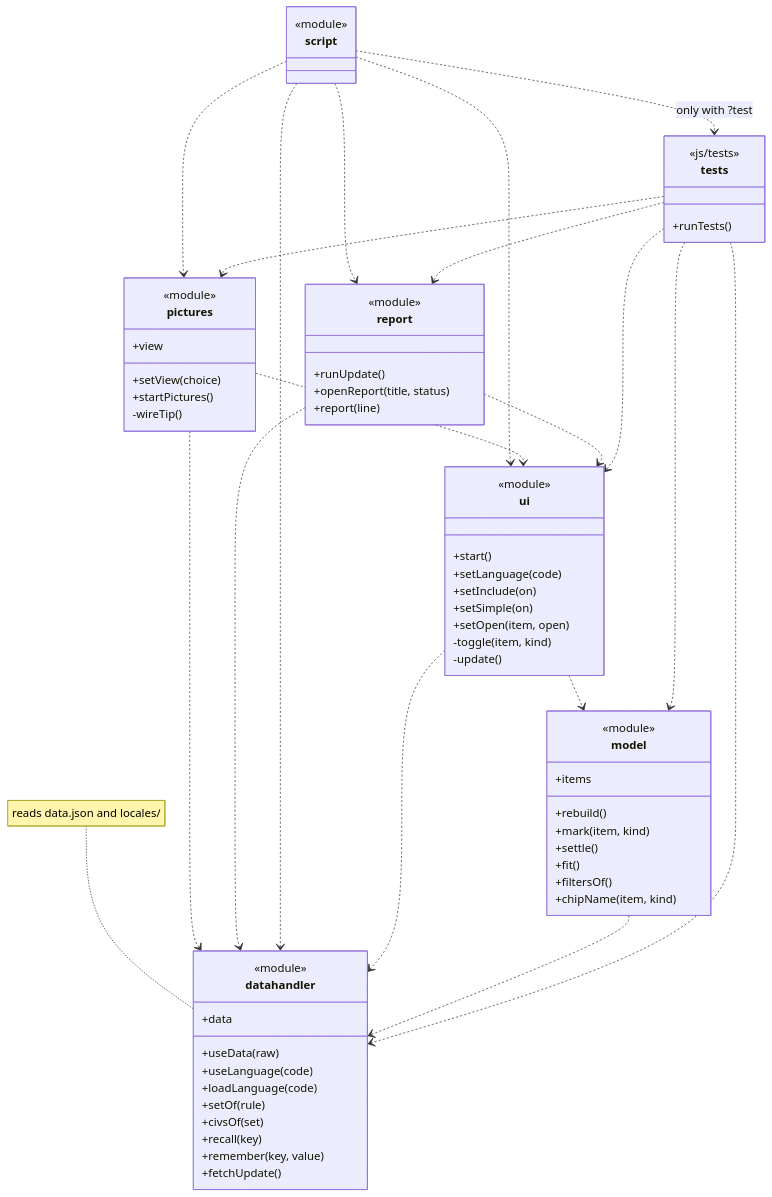
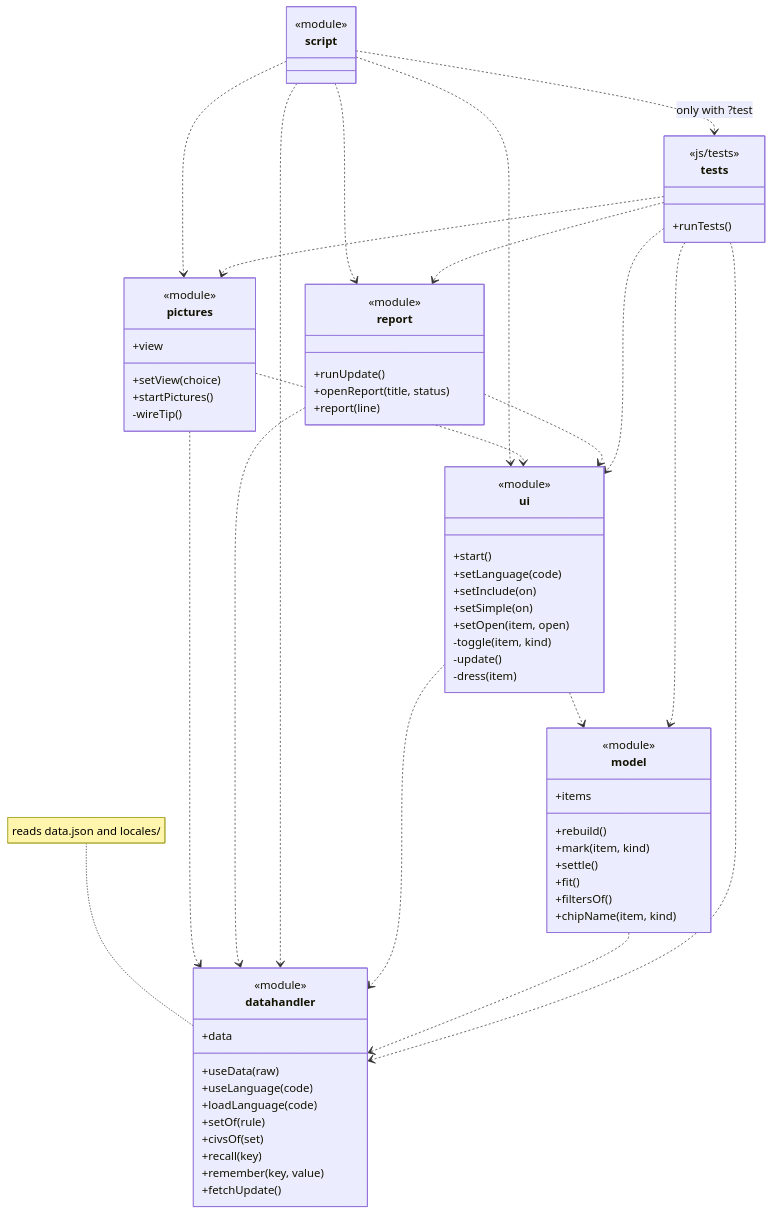
The diagram in documentation/MAINTAINER.md (cnordenb/aoe2civexplorer), drawn with Mermaid before and after one commit. The commit also changed other lines of this file and 541 other files, not shown here.

````diff
--- a/documentation/MAINTAINER.md
+++ b/documentation/MAINTAINER.md
@@ -578,74 +663,75 @@
 ```mermaid
 classDiagram
   direction TB
   class script {
     <<module>>
   }
   class ui {
     <<module>>
     +start()
     +setLanguage(code)
     +setInclude(on)
     +setSimple(on)
     +setOpen(item, open)
     -toggle(item, kind)
     -update()
+    -dress(item)
   }
   class model {
     <<module>>
     +items
     +rebuild()
     +mark(item, kind)
     +settle()
     +fit()
     +filtersOf()
     +chipName(item, kind)
   }
   class datahandler {
     <<module>>
     +data
     +useData(raw)
     +useLanguage(code)
     +loadLanguage(code)
     +setOf(rule)
     +civsOf(set)
     +recall(key)
     +remember(key, value)
     +fetchUpdate()
   }
   class tests {
     <<js/tests>>
     +runTests()
   }
   class pictures {
     <<module>>
     +view
     +setView(choice)
     +startPictures()
     -wireTip()
   }
   class report {
     <<module>>
     +runUpdate()
     +openReport(title, status)
     +report(line)
   }
   script ..> ui
   script ..> report
   script ..> pictures
   pictures ..> ui
   pictures ..> datahandler
   report ..> ui
   report ..> datahandler
   script ..> datahandler
   script ..> tests : only with ?test
   ui ..> model
   ui ..> datahandler
   model ..> datahandler
   tests ..> ui
   tests ..> report
   tests ..> pictures
   tests ..> model
   tests ..> datahandler
   note for datahandler "reads data.json and locales/"
 ```
````
